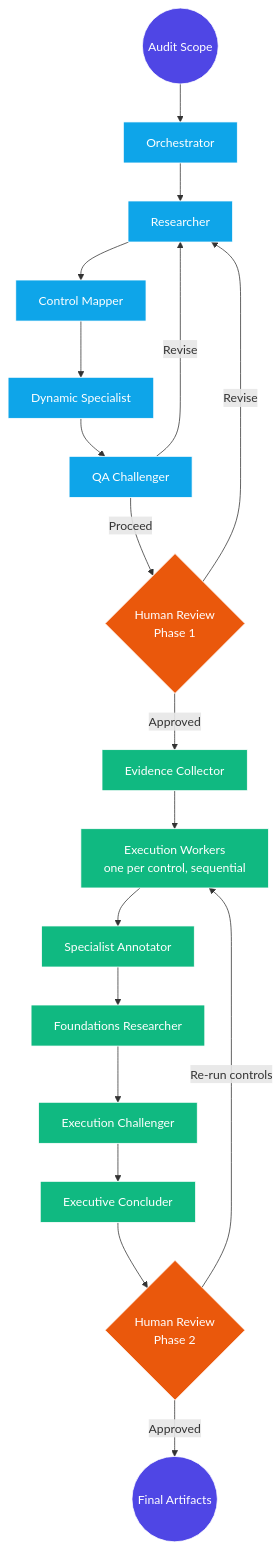
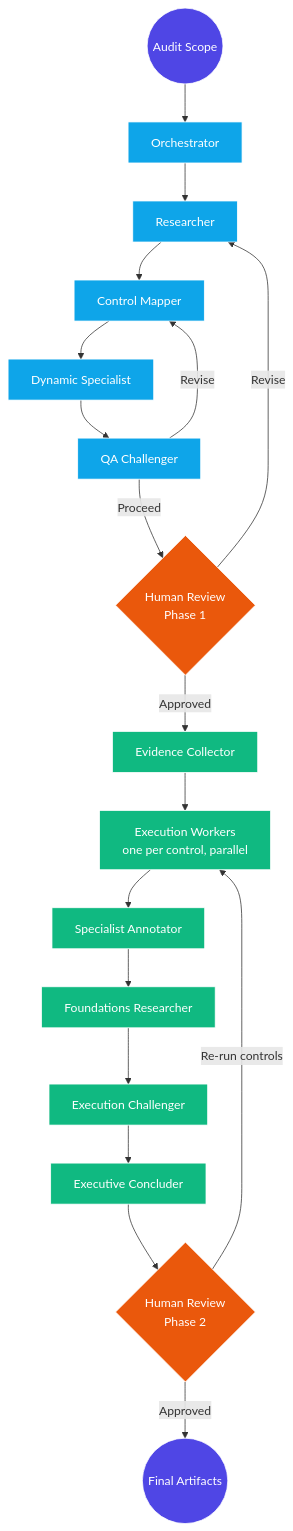
Before and after one commit to tvobrachini/grc-audit-swarm: the diagram in README.md, drawn with Mermaid. The commit also changed other lines of this file, not shown here.

First line of the commit message:
Update README to reflect architecture and UX changes

````diff
--- a/README.md
+++ b/README.md
@@ -32,28 +32,28 @@
 ```mermaid
 graph TD
     classDef init fill:#4f46e5,color:#fff,stroke:#fff
     classDef human fill:#ea580c,color:#fff,stroke:#fff
     classDef phase1 fill:#0ea5e9,color:#fff,stroke:#fff
     classDef phase2 fill:#10b981,color:#fff,stroke:#fff
 
     Start((Audit Scope)):::init --> Orch[Orchestrator]:::phase1
     Orch --> Res[Researcher]:::phase1
     Res --> Map[Control Mapper]:::phase1
     Map --> Spec[Dynamic Specialist]:::phase1
     Spec --> QA1[QA Challenger]:::phase1
-    QA1 -- Revise --> Res
+    QA1 -- Revise --> Map
     QA1 -- Proceed --> HR1{Human Review\nPhase 1}:::human
 
     HR1 -- Revise --> Res
     HR1 -- Approved --> Ev[Evidence Collector]:::phase2
 
-    Ev --> Workers[Execution Workers\none per control, sequential]:::phase2
+    Ev --> Workers[Execution Workers\none per control, parallel]:::phase2
     Workers --> Spec2[Specialist Annotator]:::phase2
     Spec2 --> Res2[Foundations Researcher]:::phase2
     Res2 --> QA2[Execution Challenger]:::phase2
     QA2 --> Conc[Executive Concluder]:::phase2
     Conc --> HR2{Human Review\nPhase 2}:::human
 
     HR2 -- Re-run controls --> Workers
     HR2 -- Approved --> End((Final Artifacts)):::init
 ```
````
